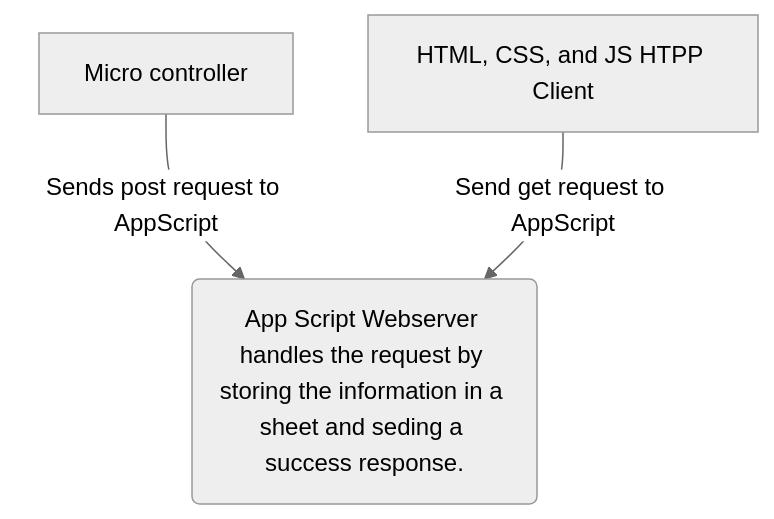
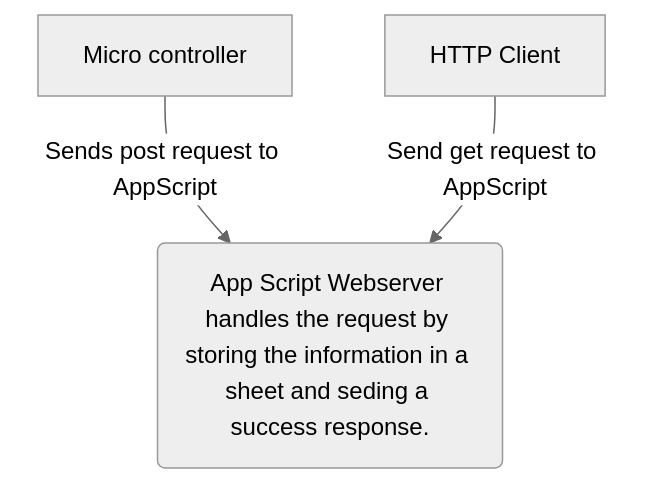
The diagram in README.md (jonss0777/DIY_Sensor), drawn with Mermaid (neutral theme) before and after one commit.

Commit message:
Fix typo in HTTP Client description in README

````diff
--- a/README.md
+++ b/README.md
@@ -13,7 +13,7 @@
 ```mermaid
   flowchart TD
     A[Micro controller] -->|Sends post request to AppScript| B(App Script Webserver handles the request by storing the information in a sheet and seding a success response.)
 
-    C[HTML, CSS, and JS HTPP Client] -->|Send get request to AppScript|B
+    C[HTTP Client] -->|Send get request to AppScript|B
   
 ```
````
